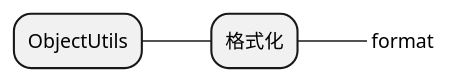
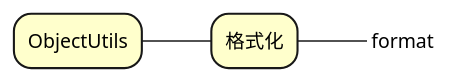
Before and after one commit to akudy/beehive-parent: the diagram in beehive-core/src/main/resources/design-thought/util/ObjectUtils-function.puml, drawn with PlantUML. The commit also changed 19 other files, not shown here.

```diff
--- a/beehive-core/src/main/resources/design-thought/util/ObjectUtils-function.puml
+++ b/beehive-core/src/main/resources/design-thought/util/ObjectUtils-function.puml
@@ -1,7 +1,15 @@
 @startmindmap
+<style>
+mindmapDiagram {
+    node {
+        BackgroundColor #Business
+    }
+}
+</style>
+
 * ObjectUtils
 
 ** 格式化
 ***_ format
 
 @endmindmap
```
